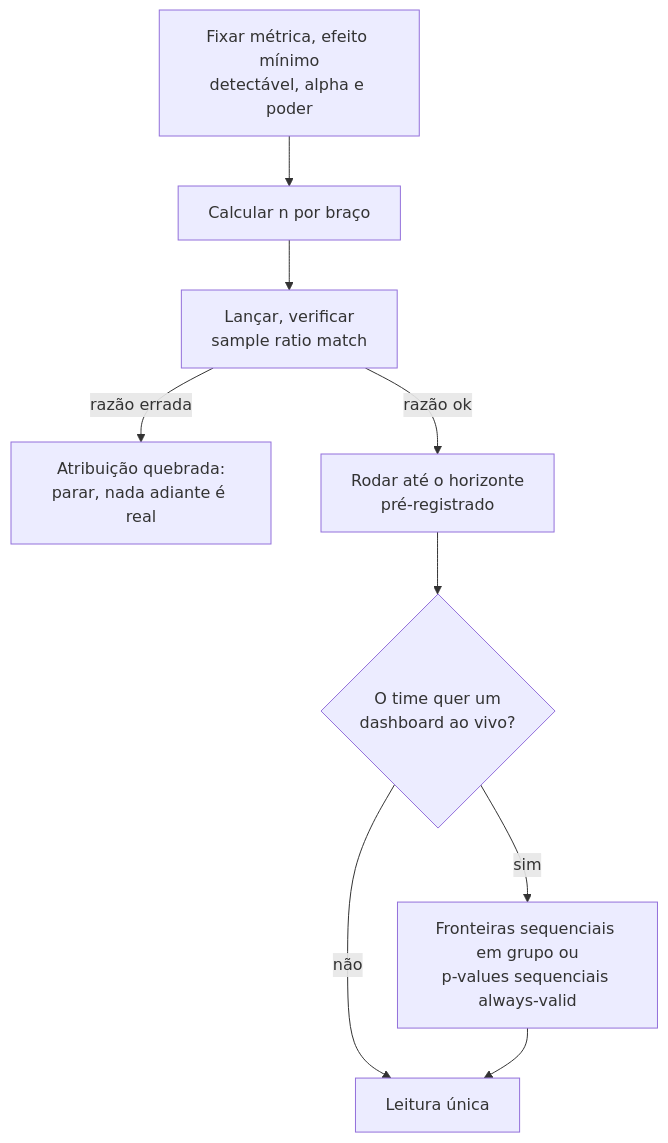
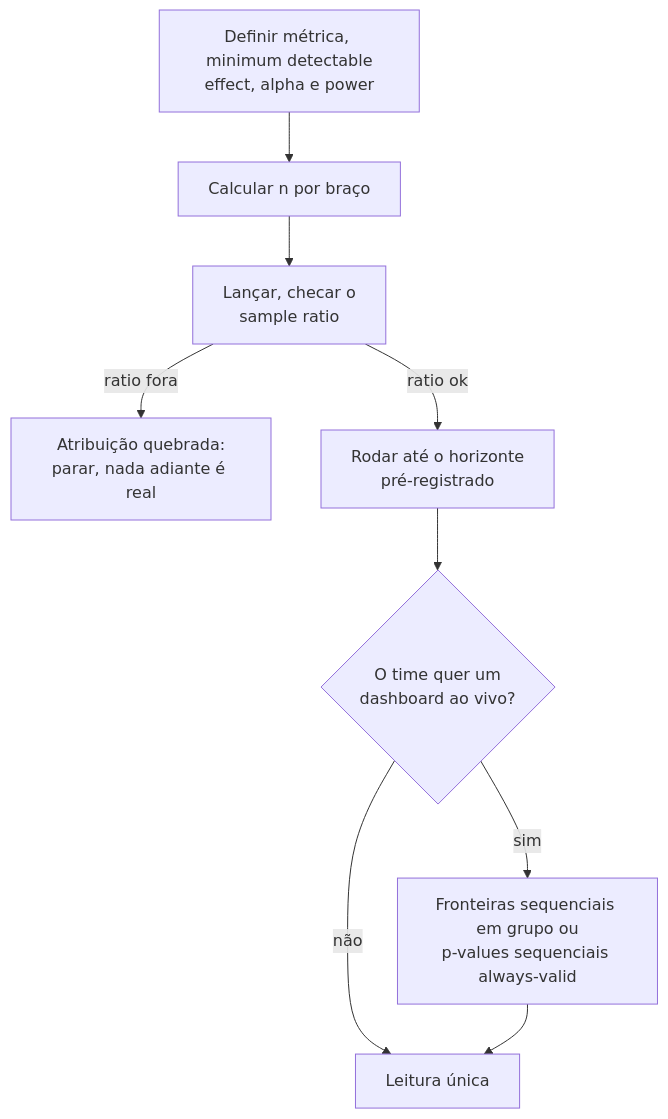
Before and after one commit to andrevberaldo/AI-Engineer-Interview-Questions: diagram 17 of 27 in 01-ml-and-dl-foundations/questions.pt-BR.md, drawn with Mermaid. The commit also changed other lines of this file, not shown here.

````diff
--- a/01-ml-and-dl-foundations/questions.pt-BR.md
+++ b/01-ml-and-dl-foundations/questions.pt-BR.md
@@ -893,11 +893,11 @@
 ```mermaid
 flowchart TD
-    A["Fixar métrica, efeito mínimo<br/>detectável, alpha e poder"] --> B["Calcular n por braço"]
-    B --> C["Lançar, verificar<br/>sample ratio match"]
-    C -->|"razão errada"| D["Atribuição quebrada:<br/>parar, nada adiante é real"]
-    C -->|"razão ok"| E["Rodar até o horizonte<br/>pré-registrado"]
+    A["Definir métrica, minimum detectable<br/>effect, alpha e power"] --> B["Calcular n por braço"]
+    B --> C["Lançar, checar o<br/>sample ratio"]
+    C -->|"ratio fora"| D["Atribuição quebrada:<br/>parar, nada adiante é real"]
+    C -->|"ratio ok"| E["Rodar até o horizonte<br/>pré-registrado"]
     E --> F{"O time quer um<br/>dashboard ao vivo?"}
     F -->|"sim"| G["Fronteiras sequenciais em grupo ou<br/>p-values sequenciais always-valid"]
     F -->|"não"| H["Leitura única"]
     G --> H
 ```
````
